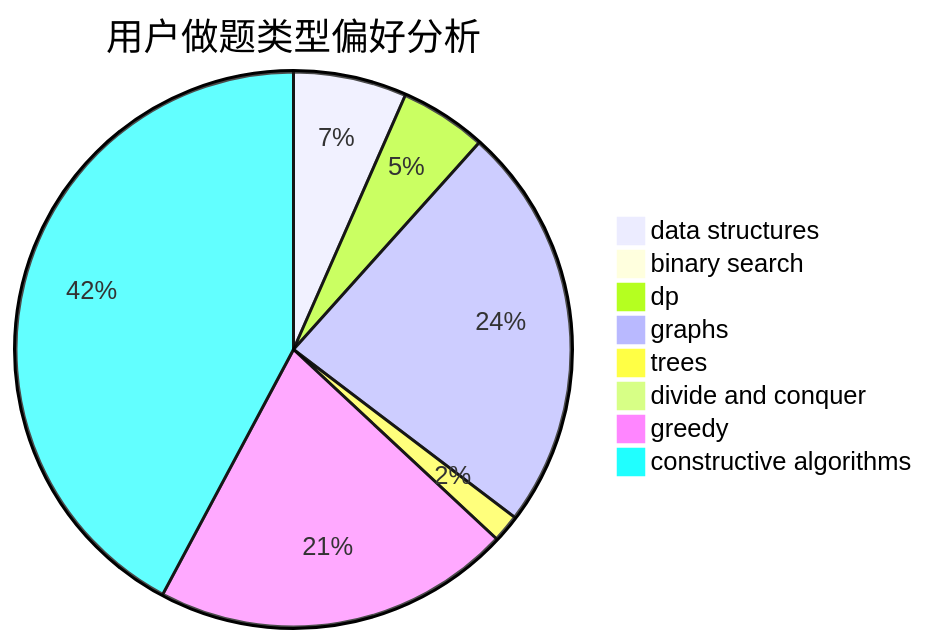
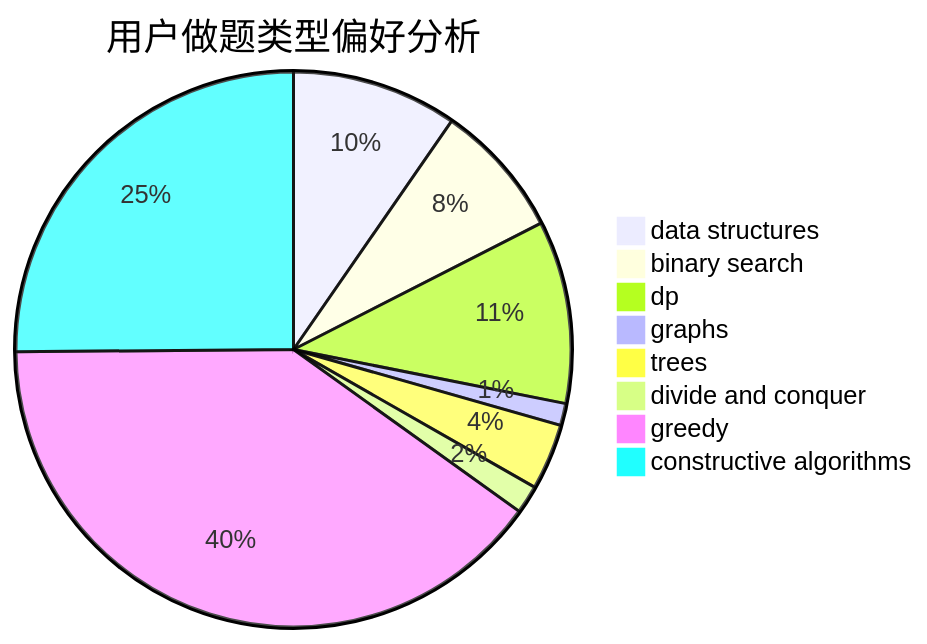
One commit to sherpahu/cfrs.github.io changed the second of 3 diagrams in docs/user/u2052.md. Above: the diagram before and after it, drawn with Mermaid. The commit also changed other lines of this file and 2770 other files, not shown here.

````diff
--- a/docs/user/u2052.md
+++ b/docs/user/u2052.md
@@ -23,11 +23,11 @@
 ```mermaid
 pie title 用户做题类型偏好分析
-    "data structures" :  98
-    "binary search" :  2
-    "dp" :  75
-    "graphs" :  352
-    "trees" :  24
-    "divide and conquer" :  3
-    "greedy" :  310
-    "constructive algorithms" :  627
+    "data structures" :  135
+    "binary search" :  110
+    "dp" :  149
+    "graphs" :  18
+    "trees" :  54
+    "divide and conquer" :  23
+    "greedy" :  560
+    "constructive algorithms" :  352
 ```
````
